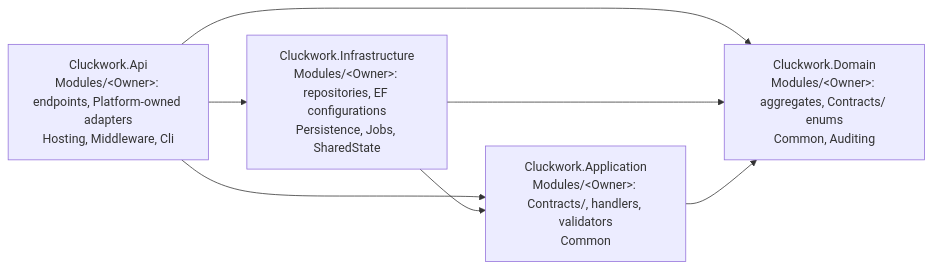
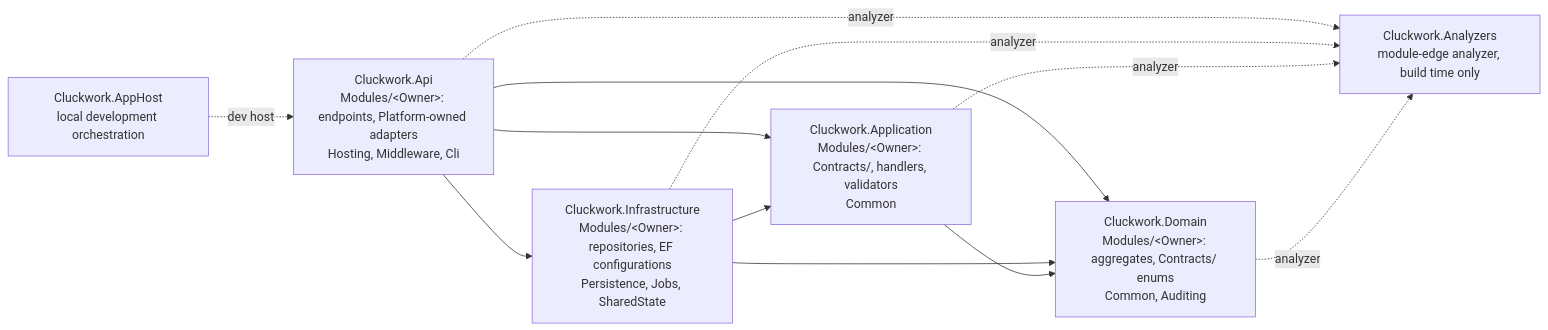
The fifth of 6 diagrams in docs/architecture.md (mforce/cluckwork), drawn with Mermaid before and after one commit. The commit also changed other lines of this file, not shown here.

First line of the commit message:
docs(arch): show the analyzer and AppHost references in the projects diagram

````diff
--- a/docs/architecture.md
+++ b/docs/architecture.md
@@ -148,13 +152,20 @@
 ```mermaid
 flowchart LR
     Api["Cluckwork.Api<br/>Modules/&lt;Owner&gt;: endpoints, Platform-owned adapters<br/>Hosting, Middleware, Cli"]
     Infrastructure["Cluckwork.Infrastructure<br/>Modules/&lt;Owner&gt;: repositories, EF configurations<br/>Persistence, Jobs, SharedState"]
     Application["Cluckwork.Application<br/>Modules/&lt;Owner&gt;: Contracts/, handlers, validators<br/>Common"]
     Domain["Cluckwork.Domain<br/>Modules/&lt;Owner&gt;: aggregates, Contracts/ enums<br/>Common, Auditing"]
     Api --> Infrastructure
     Api --> Application
     Api --> Domain
     Infrastructure --> Application
     Infrastructure --> Domain
     Application --> Domain
+    Analyzers["Cluckwork.Analyzers<br/>module-edge analyzer, build time only"]
+    AppHost["Cluckwork.AppHost<br/>local development orchestration"]
+    Api -. analyzer .-> Analyzers
+    Infrastructure -. analyzer .-> Analyzers
+    Application -. analyzer .-> Analyzers
+    Domain -. analyzer .-> Analyzers
+    AppHost -. dev host .-> Api
 ```
````
